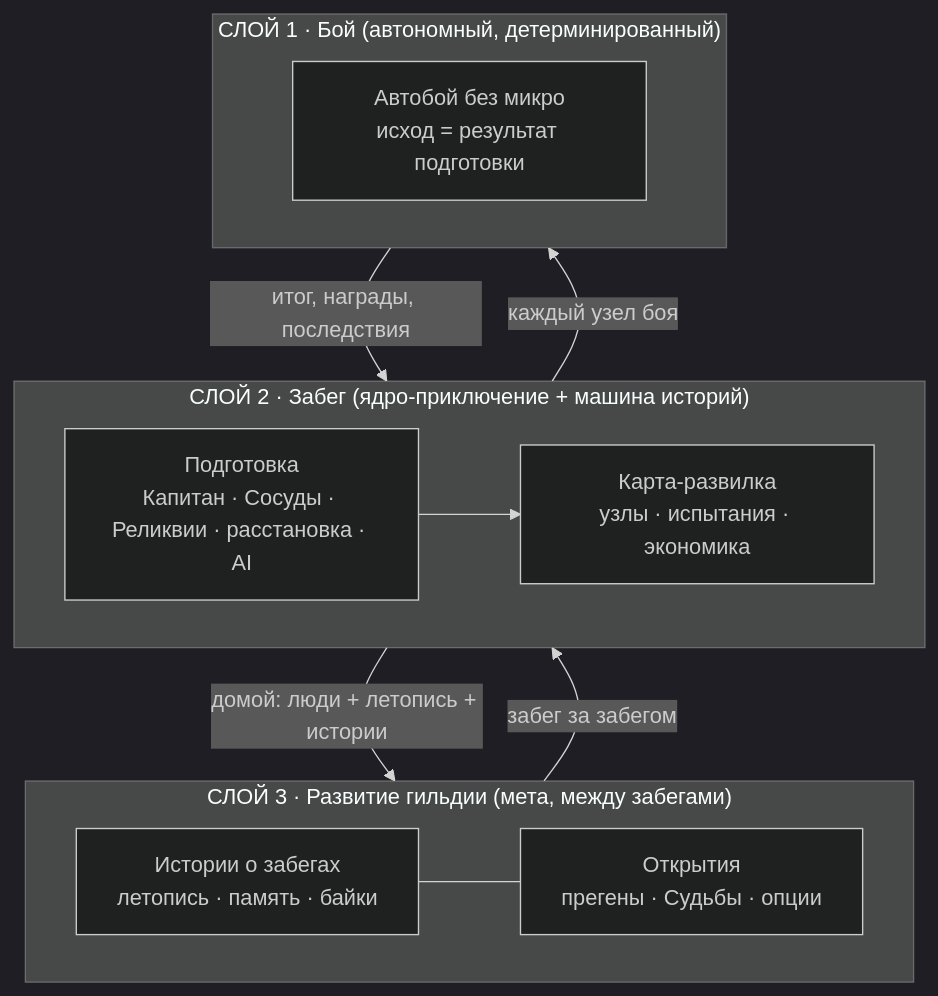
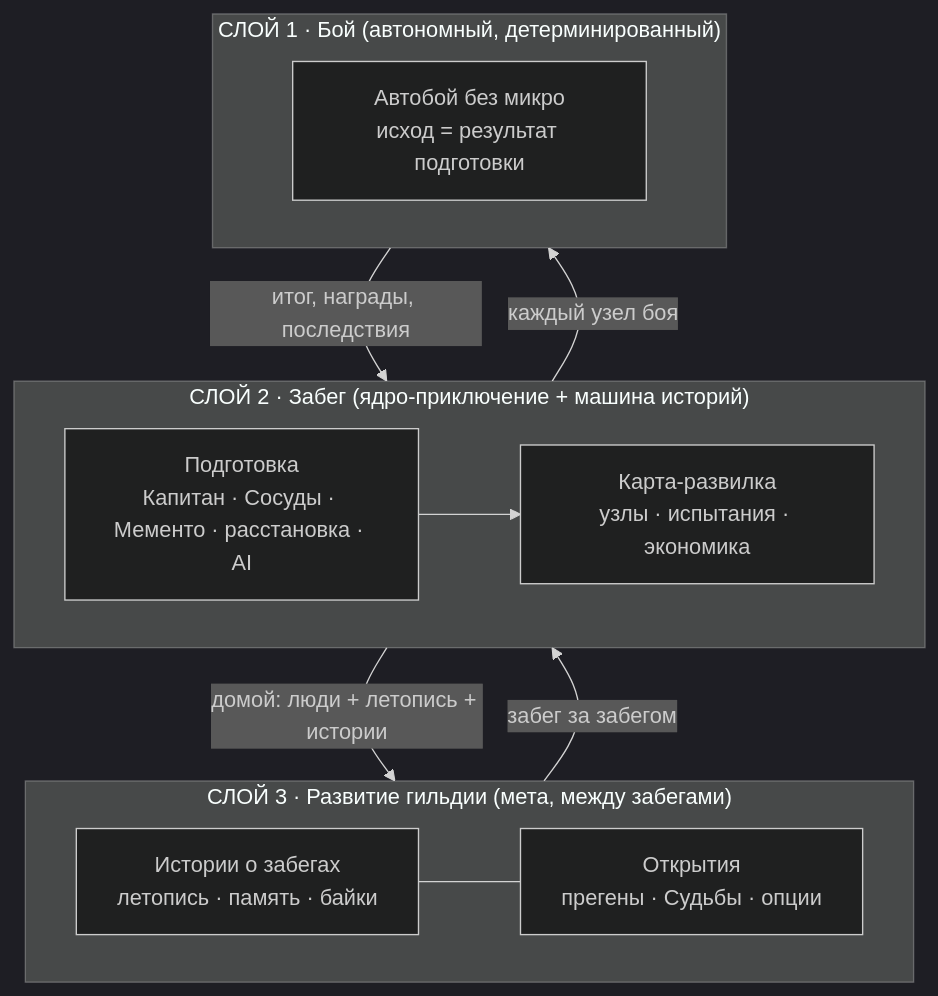
One commit to Kaliguri/Guildmaster-Autobattler changed the diagram in docs/wiki/gdd/10-vision/pitch.md. Above: the diagram before and after it, drawn with Mermaid (dark theme). The commit also changed other lines of this file and 96 other files, not shown here.

````diff
--- a/docs/wiki/gdd/10-vision/pitch.md
+++ b/docs/wiki/gdd/10-vision/pitch.md
@@ -89,18 +89,18 @@
 ```mermaid
 flowchart TB
   subgraph Guild["СЛОЙ 3 · Развитие гильдии (мета, между забегами)"]
     direction LR
     Stories["Истории о забегах<br/>летопись · память · байки"] --- Unlocks["Открытия<br/>прегены · Судьбы · опции"]
   end
   subgraph Run["СЛОЙ 2 · Забег (ядро-приключение + машина историй)"]
     direction LR
-    Prep["Подготовка<br/>Капитан · Сосуды · Реликвии · расстановка · AI"] --> Map["Карта-развилка<br/>узлы · испытания · экономика"]
+    Prep["Подготовка<br/>Капитан · Сосуды · Мементо · расстановка · AI"] --> Map["Карта-развилка<br/>узлы · испытания · экономика"]
   end
   subgraph Battle["СЛОЙ 1 · Бой (автономный, детерминированный)"]
     Sim["Автобой без микро<br/>исход = результат подготовки"]
   end
   Guild -->|"забег за забегом"| Run
   Run -->|"каждый узел боя"| Battle
   Battle -->|"итог, награды, последствия"| Run
   Run -->|"домой: люди + летопись + истории"| Guild
 ```
````
